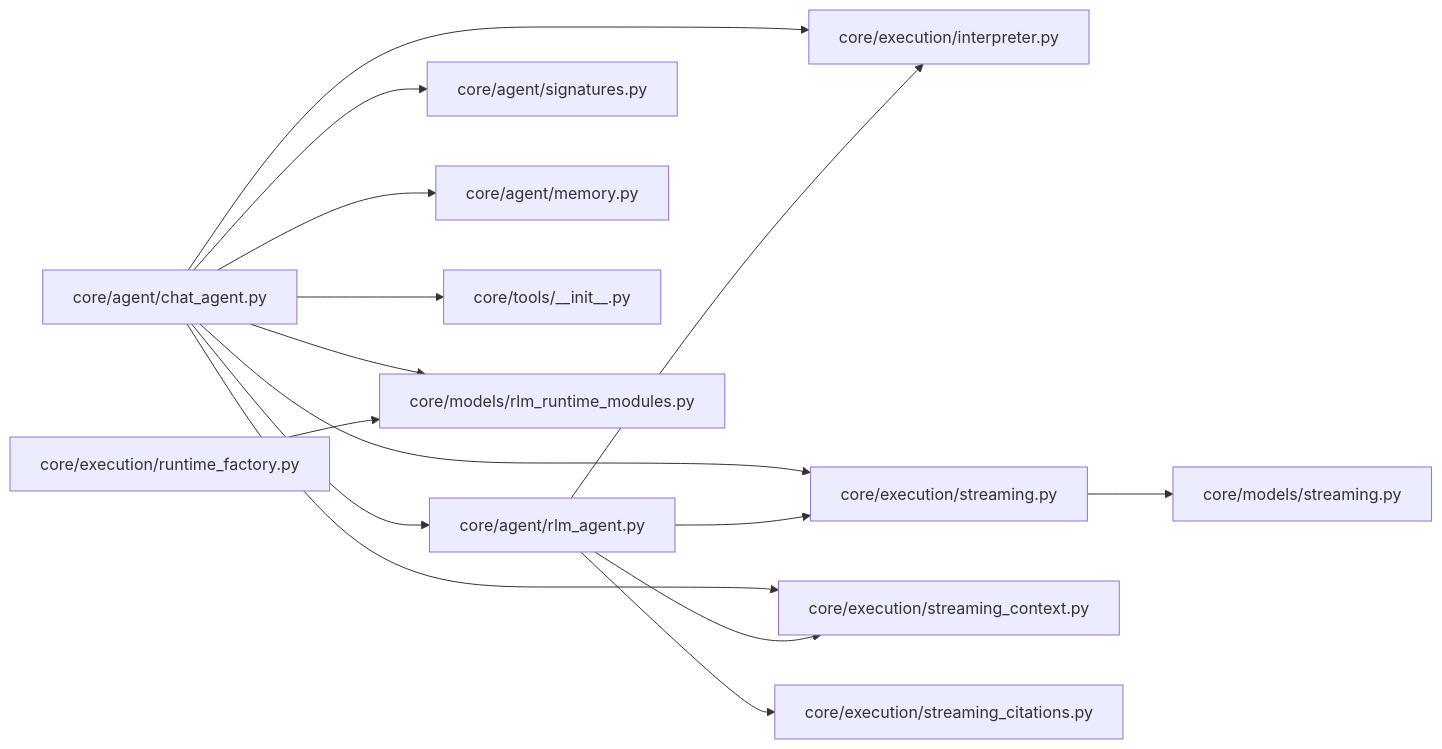
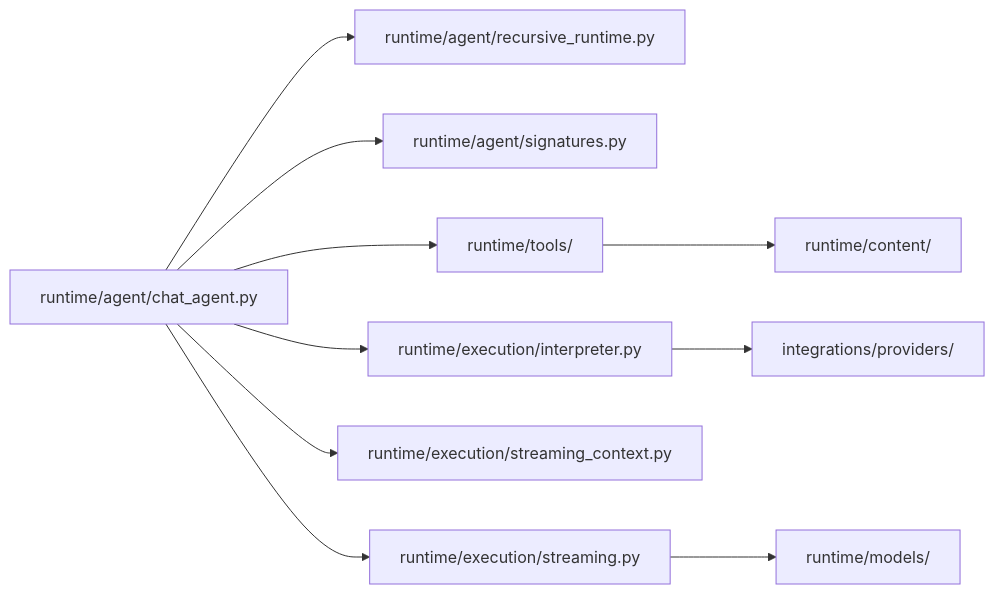
Before and after one commit to Qredence/fleet-rlm: the second of 3 diagrams in docs/reference/module-map.md, drawn with Mermaid. The commit also changed other lines of this file and 34 other files, not shown here.

Commit message:
docs: Refresh architecture docs for the simplified module layout

````diff
--- a/docs/reference/module-map.md
+++ b/docs/reference/module-map.md
@@ -67,31 +41,23 @@
 ```mermaid
 graph LR
-    CHAT["core/agent/chat_agent.py"]
-    RLM["core/agent/rlm_agent.py"]
-    SIG["core/agent/signatures.py"]
-    MEM["core/agent/memory.py"]
-    TOOLS["core/tools/__init__.py"]
-    EXEC["core/execution/interpreter.py"]
-    STREAM["core/execution/streaming.py"]
-    STREAM_CTX["core/execution/streaming_context.py"]
-    STREAM_CITE["core/execution/streaming_citations.py"]
-    RT_FACTORY["core/execution/runtime_factory.py"]
-    RT_MODELS["core/models/rlm_runtime_modules.py"]
-    EVENTS["core/models/streaming.py"]
+    CHAT["runtime/agent/chat_agent.py"]
+    RLM["runtime/agent/recursive_runtime.py"]
+    SIG["runtime/agent/signatures.py"]
+    EXEC["runtime/execution/interpreter.py"]
+    STREAM["runtime/execution/streaming.py"]
+    STREAM_CTX["runtime/execution/streaming_context.py"]
+    TOOLS["runtime/tools/"]
+    CONTENT["runtime/content/"]
+    MODELS["runtime/models/"]
+    PROVIDERS["integrations/providers/"]
 
     CHAT --> SIG
-    CHAT --> MEM
     CHAT --> TOOLS
-    CHAT --> RLM
     CHAT --> EXEC
     CHAT --> STREAM
     CHAT --> STREAM_CTX
-    CHAT --> RT_MODELS
-
-    RLM --> EXEC
-    RLM --> STREAM
-    RLM --> STREAM_CTX
-    RLM --> STREAM_CITE
-    RT_FACTORY --> RT_MODELS
-    STREAM --> EVENTS
+    CHAT --> RLM
+    TOOLS --> CONTENT
+    EXEC --> PROVIDERS
+    STREAM --> MODELS
 ```
````
